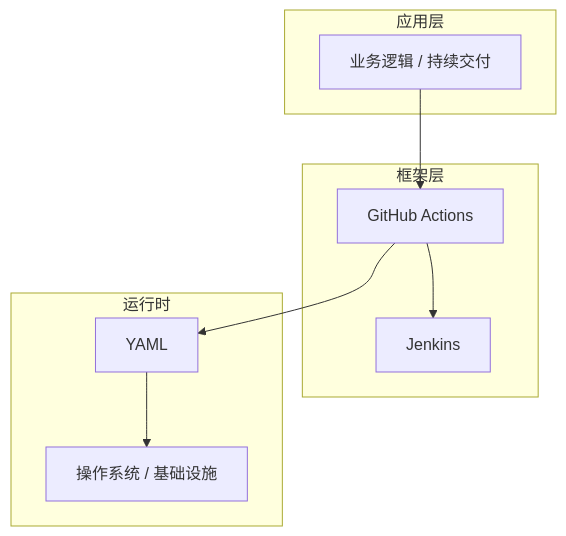
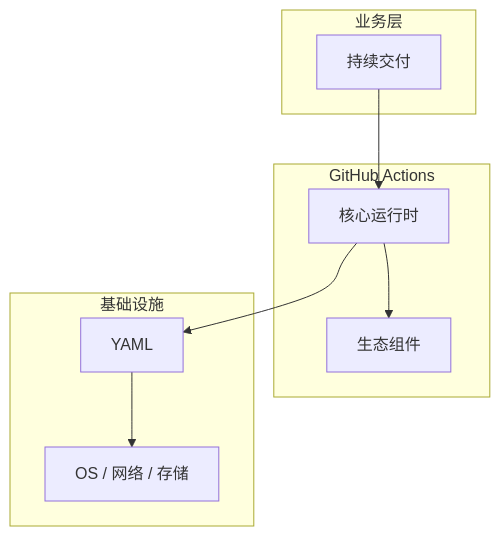
One commit to yanggan2015/knowledge-json-v2 changed the diagram in articles/CI与CD/chapters/013-持续交付核心概念与原理.md. Above: the diagram before and after it, drawn with Mermaid. The commit also changed other lines of this file and 10127 other files, not shown here.

````diff
--- a/articles/CI与CD/chapters/013-持续交付核心概念与原理.md
+++ b/articles/CI与CD/chapters/013-持续交付核心概念与原理.md
@@ -45,18 +34,18 @@
 ```mermaid
 graph TB
-    subgraph 应用层
-        A[业务逻辑 / 持续交付]
+    subgraph 业务层
+        A[持续交付]
     end
-    subgraph 框架层
-        B[GitHub Actions]
-        C[Jenkins]
+    subgraph GitHub Actions
+        B[核心运行时]
+        C[生态组件]
     end
-    subgraph 运行时
+    subgraph 基础设施
         D[YAML]
-        E[操作系统 / 基础设施]
+        E[OS / 网络 / 存储]
     end
     A --> B
     B --> C
     B --> D
     D --> E
 ```
````
